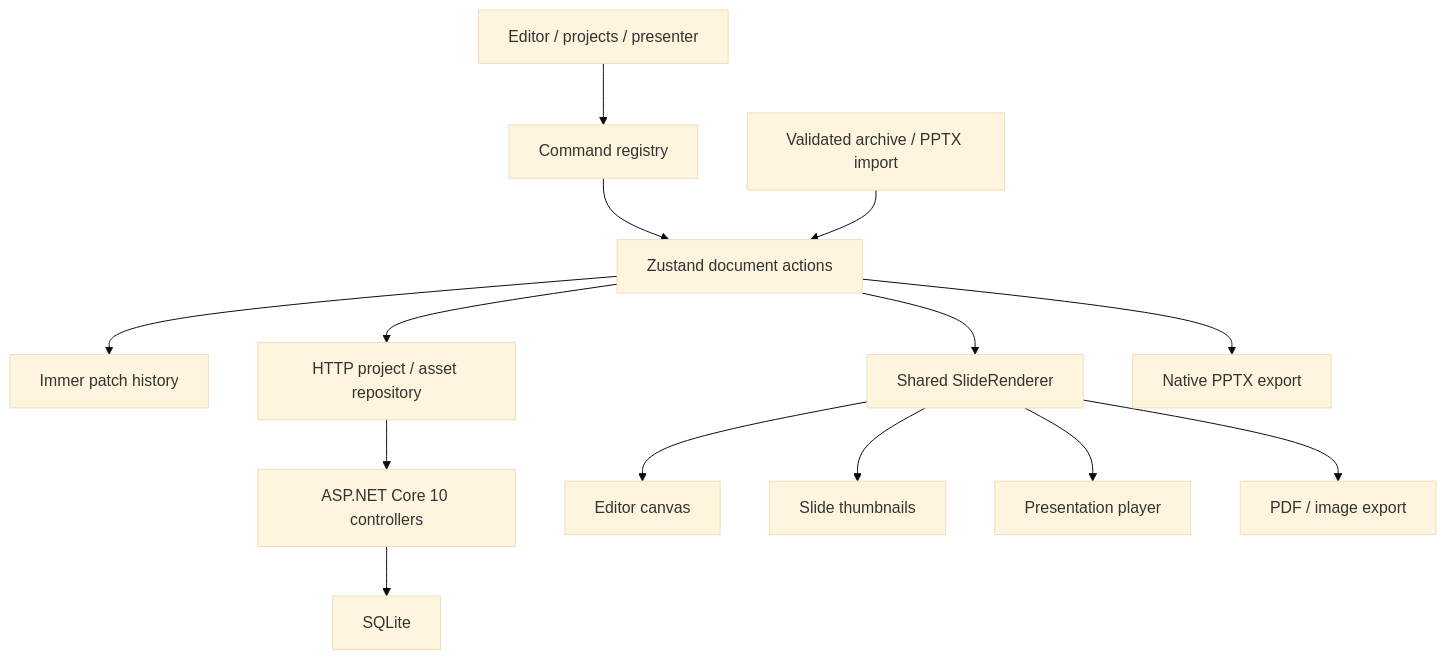
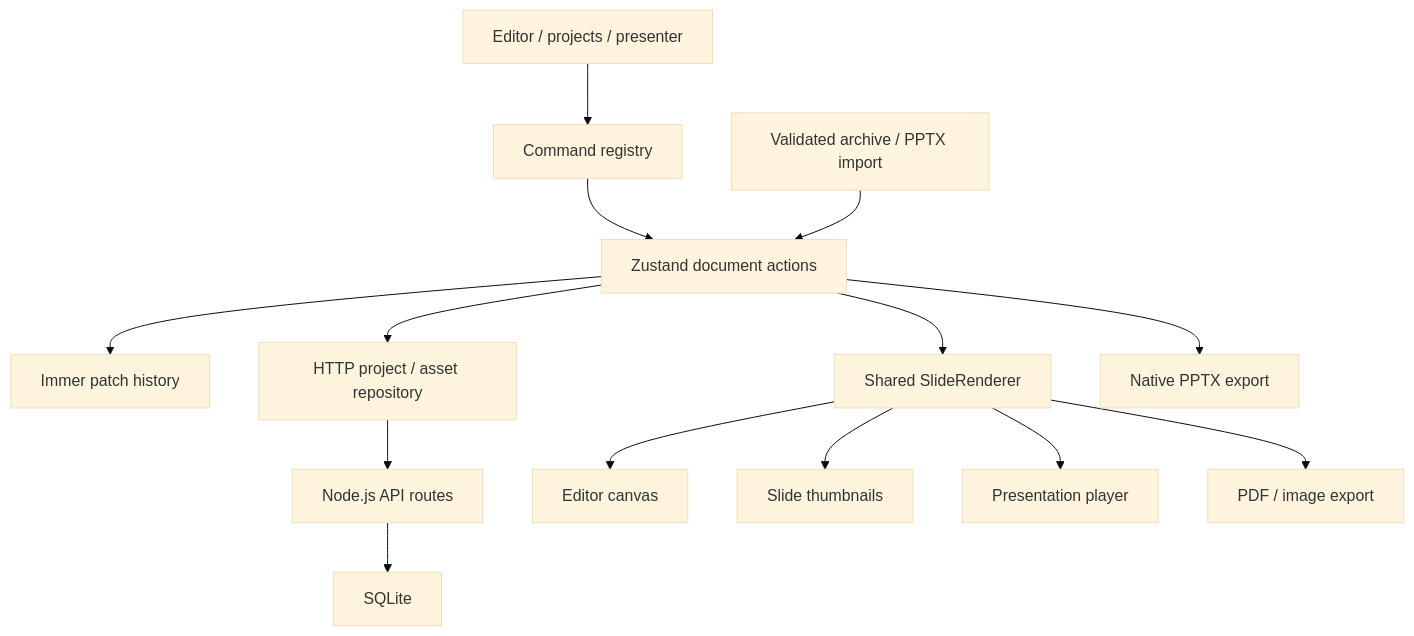
The diagram in README.md (ymankh/ppt-live-editor), drawn with Mermaid (base theme) before and after one commit. The commit also changed other lines of this file and 18 other files, not shown here.

````diff
--- a/README.md
+++ b/README.md
@@ -117,16 +143,16 @@
 ```mermaid
 flowchart TD
   UI[Editor / projects / presenter] --> Commands[Command registry]
   Commands --> Store[Zustand document actions]
   Store --> History[Immer patch history]
   Store --> Repo[HTTP project / asset repository]
-  Repo --> Controllers[ASP.NET Core 10 controllers]
+  Repo --> Controllers[Node.js API routes]
   Controllers --> Database[SQLite]
   Store --> Renderer[Shared SlideRenderer]
   Renderer --> Canvas[Editor canvas]
   Renderer --> Thumbnails[Slide thumbnails]
   Renderer --> Player[Presentation player]
   Renderer --> Raster[PDF / image export]
   Store --> Native[Native PPTX export]
   Imports[Validated archive / PPTX import] --> Store
 ```
````
